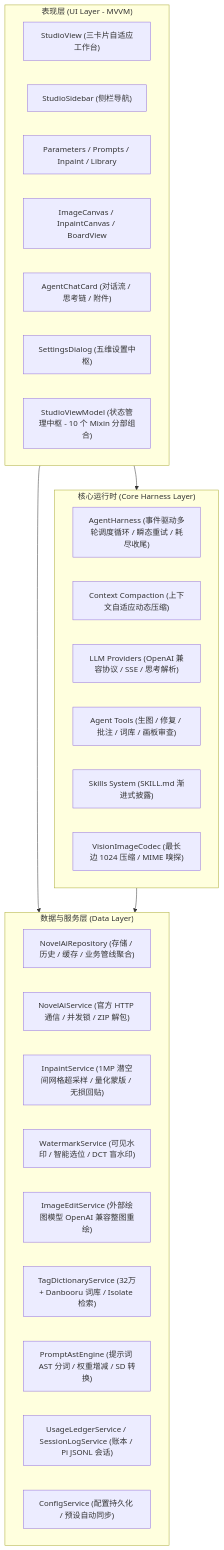
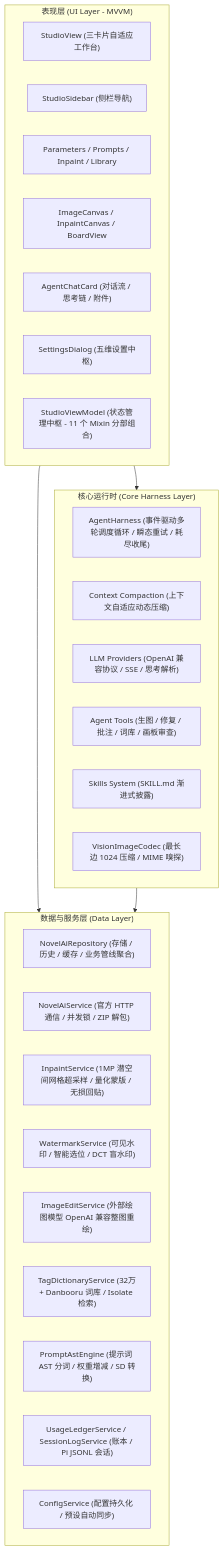
The first of 7 diagrams in ARCHITECTURE.md (Rimuruzy/Novelai-harness), drawn with Mermaid before and after one commit. The commit also changed other lines of this file and 17 other files, not shown here.

````diff
--- a/ARCHITECTURE.md
+++ b/ARCHITECTURE.md
@@ -11,37 +11,37 @@
 ```mermaid
 graph TD
     subgraph UI ["表现层 (UI Layer - MVVM)"]
         StudioView["StudioView (三卡片自适应工作台)"]
         Sidebar["StudioSidebar (侧栏导航)"]
         ParamPage["Parameters / Prompts / Inpaint / Library"]
         CanvasView["ImageCanvas / InpaintCanvas / BoardView"]
         ChatView["AgentChatCard (对话流 / 思考链 / 附件)"]
         Settings["SettingsDialog (五维设置中枢)"]
-        VM["StudioViewModel (状态管理中枢 - 10 个 Mixin 分部组合)"]
+        VM["StudioViewModel (状态管理中枢 - 11 个 Mixin 分部组合)"]
     end
 
     subgraph Core ["核心运行时 (Core Harness Layer)"]
         Harness["AgentHarness (事件驱动多轮调度循环 / 瞬态重试 / 耗尽收尾)"]
         Compaction["Context Compaction (上下文自适应动态压缩)"]
         Providers["LLM Providers (OpenAI 兼容协议 / SSE / 思考解析)"]
         Tools["Agent Tools (生图 / 修复 / 批注 / 词库 / 画板审查)"]
         Skills["Skills System (SKILL.md 渐进式披露)"]
         VisionCodec["VisionImageCodec (最长边 1024 压缩 / MIME 嗅探)"]
     end
 
     subgraph Data ["数据与服务层 (Data Layer)"]
         NovelAiRepo["NovelAiRepository (存储 / 历史 / 缓存 / 业务管线聚合)"]
         NovelAiSvc["NovelAiService (官方 HTTP 通信 / 并发锁 / ZIP 解包)"]
         InpaintSvc["InpaintService (1MP 潜空间网格超采样 / 量化蒙版 / 无损回贴)"]
         WatermarkSvc["WatermarkService (可见水印 / 智能选位 / DCT 盲水印)"]
         ImageEditSvc["ImageEditService (外部绘图模型 OpenAI 兼容整图重绘)"]
         TagDictSvc["TagDictionaryService (32万+ Danbooru 词库 / Isolate 检索)"]
         PromptAstEng["PromptAstEngine (提示词 AST 分词 / 权重增减 / SD 转换)"]
         LedgerSvc["UsageLedgerService / SessionLogService (账本 / Pi JSONL 会话)"]
         ConfigSvc["ConfigService (配置持久化 / 预设自动同步)"]
     end
 
     UI --> Core
     UI --> Data
     Core --> Data
 ```
````
